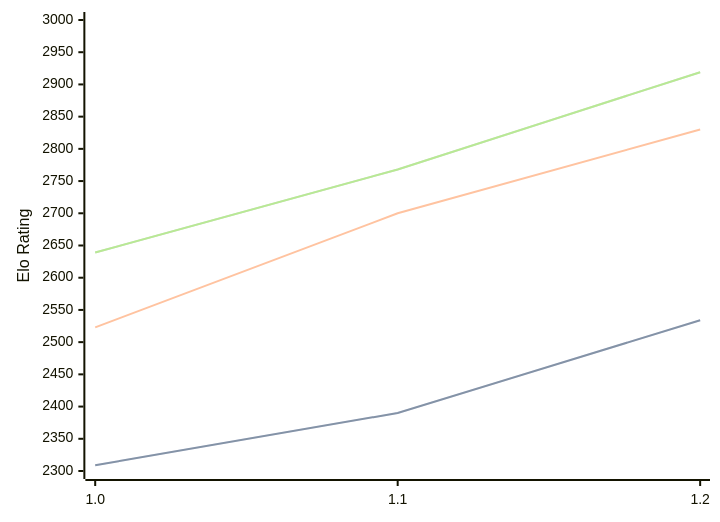
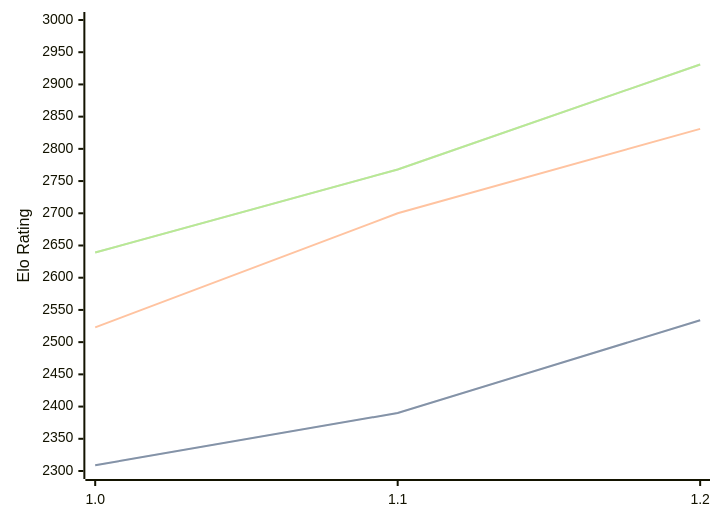
One commit to computer-chess-index/cci changed the first of 3 diagrams in engines/FoxChess.md. Above: the diagram before and after it, drawn with Mermaid. The commit also changed other lines of this file, not shown here.

Commit message:
Update CCI Ratings (ELO VLTC) - 2026-07-07

````diff
--- a/engines/FoxChess.md
+++ b/engines/FoxChess.md
@@ -33,11 +33,11 @@
 ```mermaid
 %%{init: {"theme":"base","themeVariables":{"seriesColors:['#a3a3a3','#222221','#faa371']}}}%%
 xychart-beta
   x-axis ["1.0", "1.1", "1.2"]
   y-axis "Elo Rating" 2300 --> 3000
   line "STC (8.0+0.08s)" [2309, 2390, 2534]
   line "STC (8.0+0.08s)" [2309, 2390, 2534]
-  line "LTC (60.0+0.60s)" [2523, 2700, 2830]
-  line "VLTC (2m24s+1.12s)" [2639, 2768, 2919]
-  line "VLTC (2m24s+1.12s)" [2639, 2768, 2919]
+  line "LTC (60.0+0.60s)" [2523, 2700, 2831]
+  line "VLTC (2m24s+1.12s)" [2639, 2768, 2931]
+  line "VLTC (2m24s+1.12s)" [2639, 2768, 2931]
 ```
````
